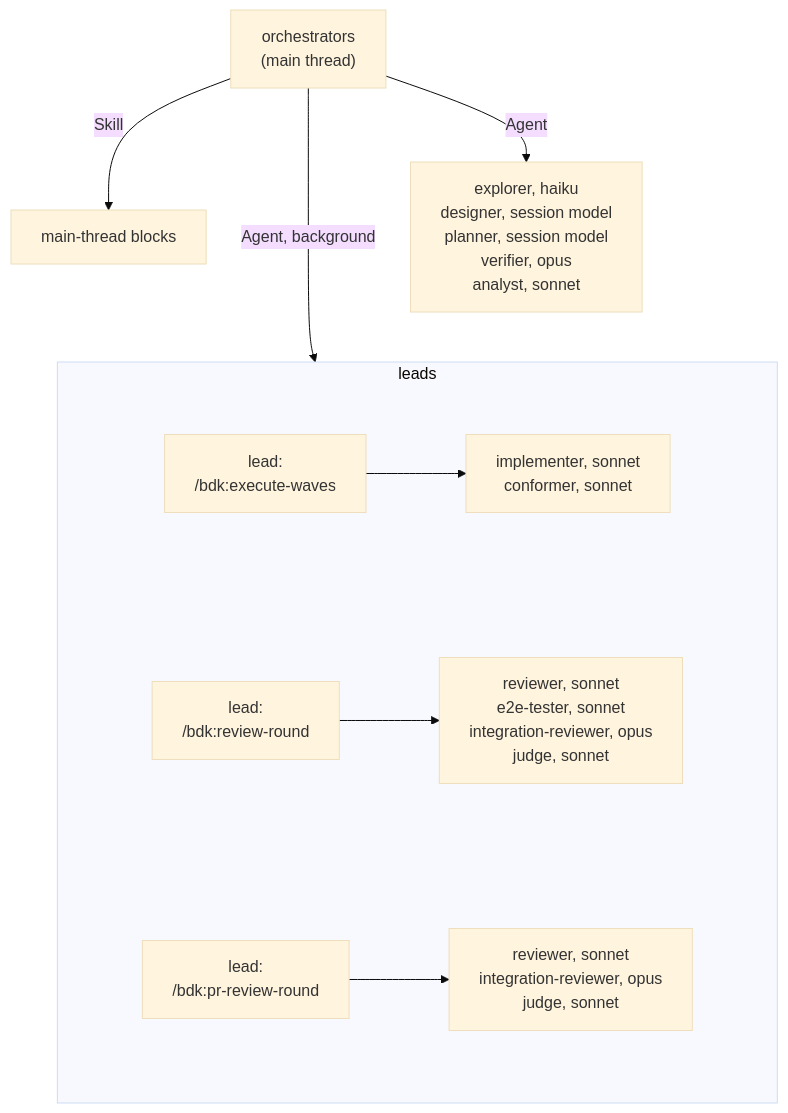
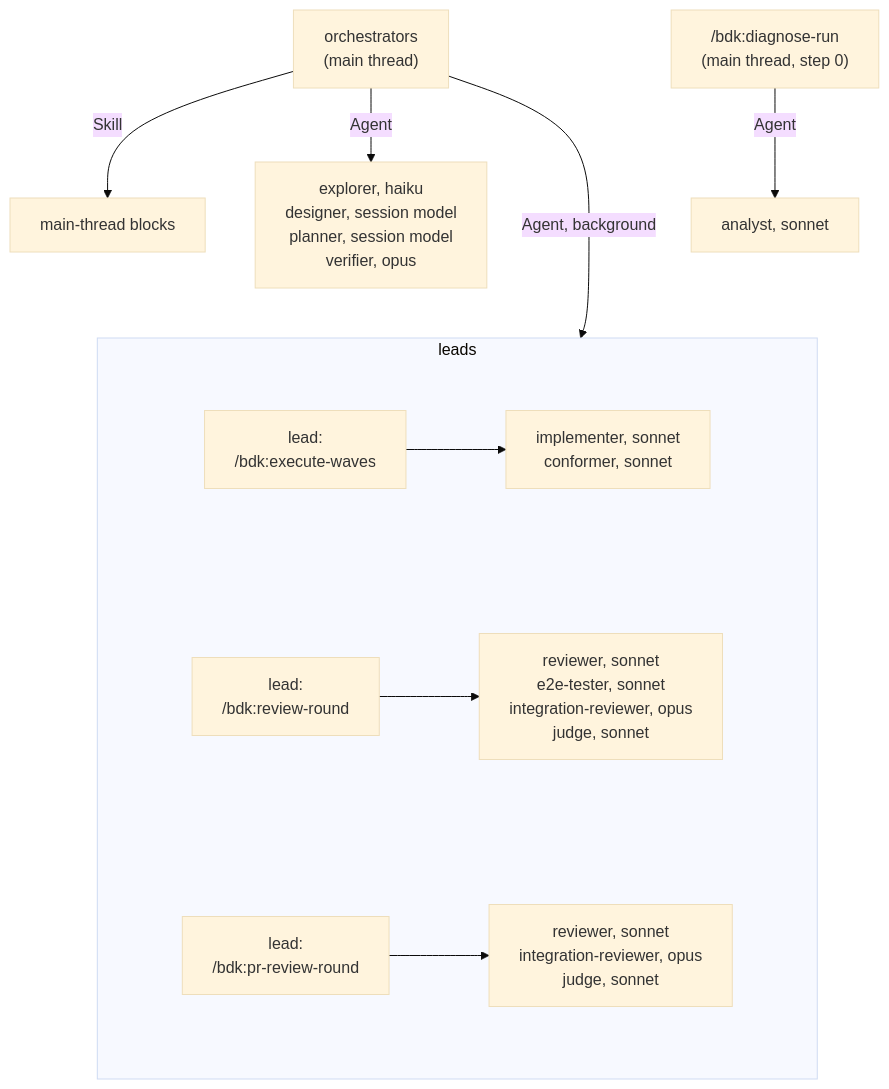
The diagram in docs/concepts/agents.md (broneq/bdk), drawn with Mermaid (base theme) before and after one commit. The commit also changed other lines of this file and 14 other files, not shown here.

First line of the commit message:
docs(concepts): bring the diagrams up to date with the skills

````diff
--- a/docs/concepts/agents.md
+++ b/docs/concepts/agents.md
@@ -11,27 +11,29 @@
 ```mermaid
 flowchart TB
   O["orchestrators<br/>(main thread)"]
   O -->|"Skill"| MB["main-thread blocks"]
-  O -->|"Agent"| AG["explorer, haiku<br/>designer, session model<br/>planner, session model<br/>verifier, opus<br/>analyst, sonnet"]
+  O -->|"Agent"| AG["explorer, haiku<br/>designer, session model<br/>planner, session model<br/>verifier, opus"]
+  D["/bdk:diagnose-run<br/>(main thread, step 0)"]
+  D -->|"Agent"| AN["analyst, sonnet"]
   O -->|"Agent, background"| LEADS
   AG ~~~ LEADS
   subgraph LEADS["leads"]
     direction TB
     subgraph S1[" "]
       direction LR
       L1["lead:<br/>/bdk:execute-waves"] --> W1["implementer, sonnet<br/>conformer, sonnet"]
     end
     subgraph S2[" "]
       direction LR
       L2["lead:<br/>/bdk:review-round"] --> W2["reviewer, sonnet<br/>e2e-tester, sonnet<br/>integration-reviewer, opus<br/>judge, sonnet"]
     end
     subgraph S3[" "]
       direction LR
       L3["lead:<br/>/bdk:pr-review-round"] --> W3["reviewer, sonnet<br/>integration-reviewer, opus<br/>judge, sonnet"]
     end
     S1 ~~~ S2 ~~~ S3
   end
   style S1 fill:transparent,stroke:transparent
   style S2 fill:transparent,stroke:transparent
   style S3 fill:transparent,stroke:transparent
 ```
````
